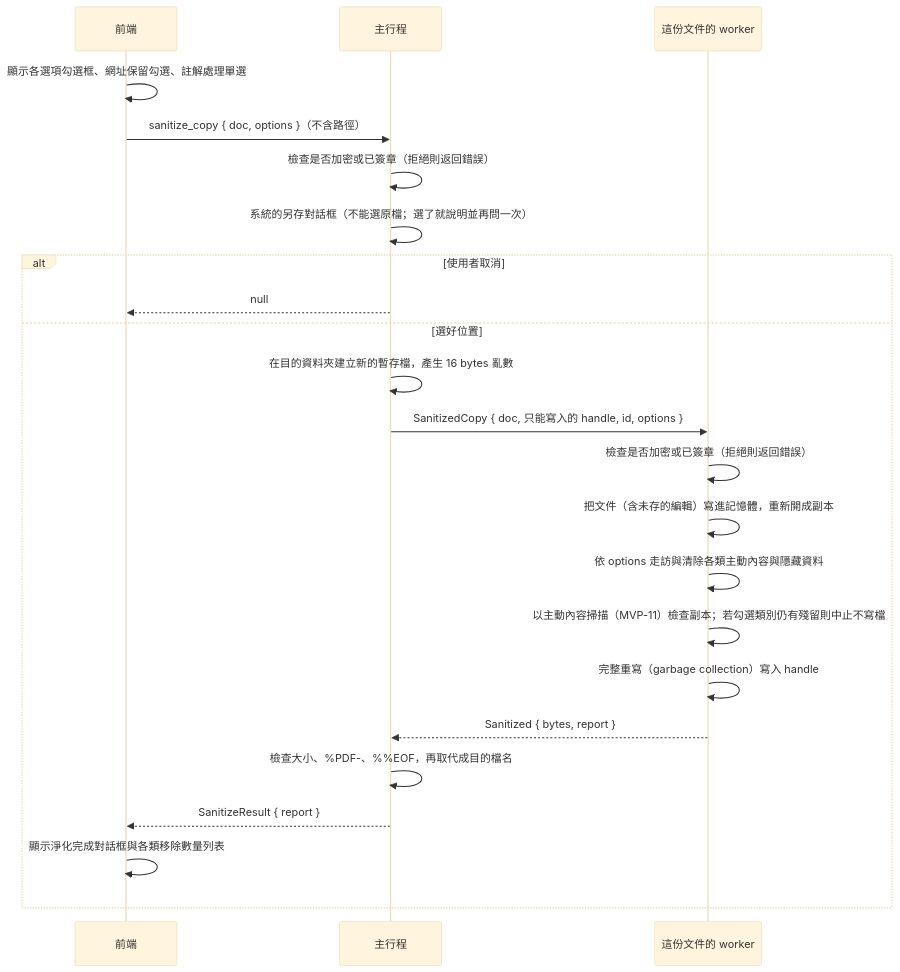
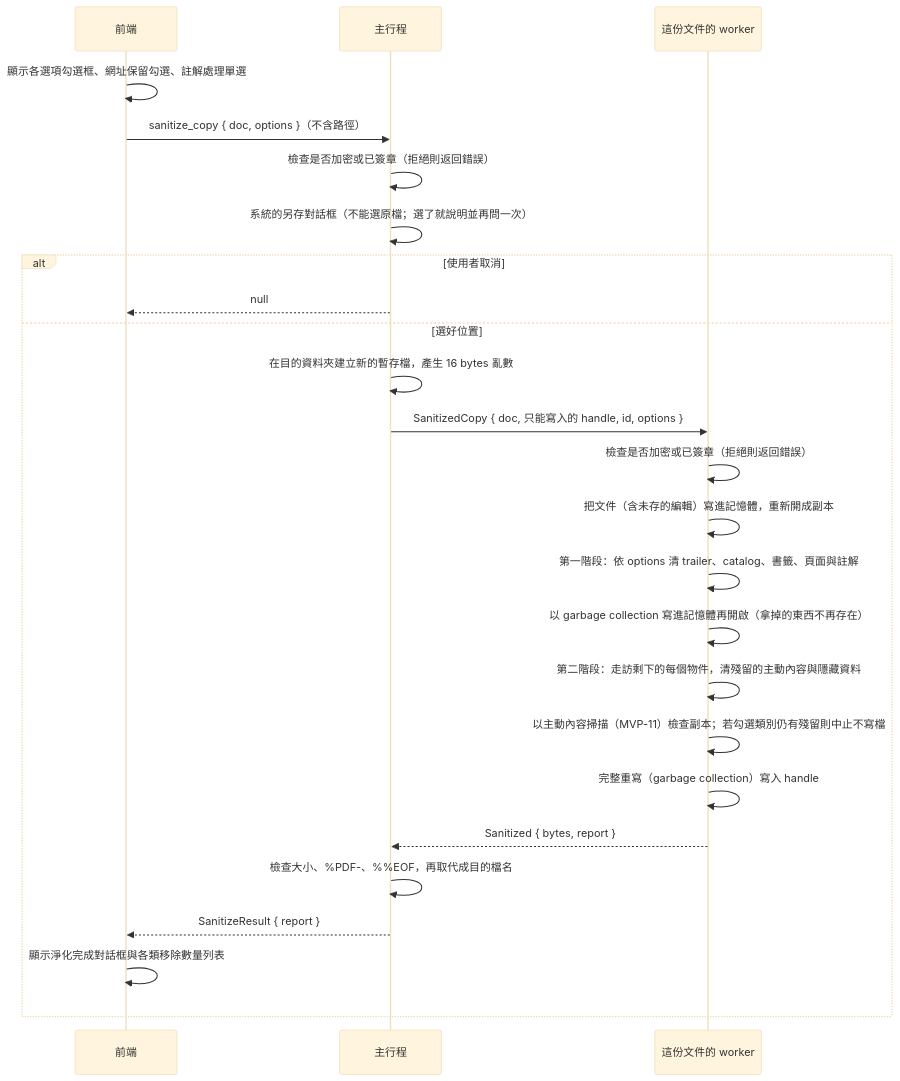
Before and after one commit to winner0988/Pdf-reader: the diagram in docs/architecture/sanitize.md, drawn with Mermaid (base theme). The commit also changed other lines of this file and 13 other files, not shown here.

````diff
--- a/docs/architecture/sanitize.md
+++ b/docs/architecture/sanitize.md
@@ -9,25 +9,27 @@
 ```mermaid
 sequenceDiagram
   participant F as 前端
   participant M as 主行程
   participant W as 這份文件的 worker
   F->>F: 顯示各選項勾選框、網址保留勾選、註解處理單選
   F->>M: sanitize_copy { doc, options }（不含路徑）
   M->>M: 檢查是否加密或已簽章（拒絕則返回錯誤）
   M->>M: 系統的另存對話框（不能選原檔；選了就說明並再問一次）
   alt 使用者取消
     M-->>F: null
   else 選好位置
     M->>M: 在目的資料夾建立新的暫存檔，產生 16 bytes 亂數
     M->>W: SanitizedCopy { doc, 只能寫入的 handle, id, options }
     W->>W: 檢查是否加密或已簽章（拒絕則返回錯誤）
     W->>W: 把文件（含未存的編輯）寫進記憶體，重新開成副本
-    W->>W: 依 options 走訪與清除各類主動內容與隱藏資料
+    W->>W: 第一階段：依 options 清 trailer、catalog、書籤、頁面與註解
+    W->>W: 以 garbage collection 寫進記憶體再開啟（拿掉的東西不再存在）
+    W->>W: 第二階段：走訪剩下的每個物件，清殘留的主動內容與隱藏資料
     W->>W: 以主動內容掃描（MVP-11）檢查副本；若勾選類別仍有殘留則中止不寫檔
     W->>W: 完整重寫（garbage collection）寫入 handle
     W-->>M: Sanitized { bytes, report }
     M->>M: 檢查大小、%PDF-、%%EOF，再取代成目的檔名
     M-->>F: SanitizeResult { report }
     F->>F: 顯示淨化完成對話框與各類移除數量列表
   end
 ```
````
